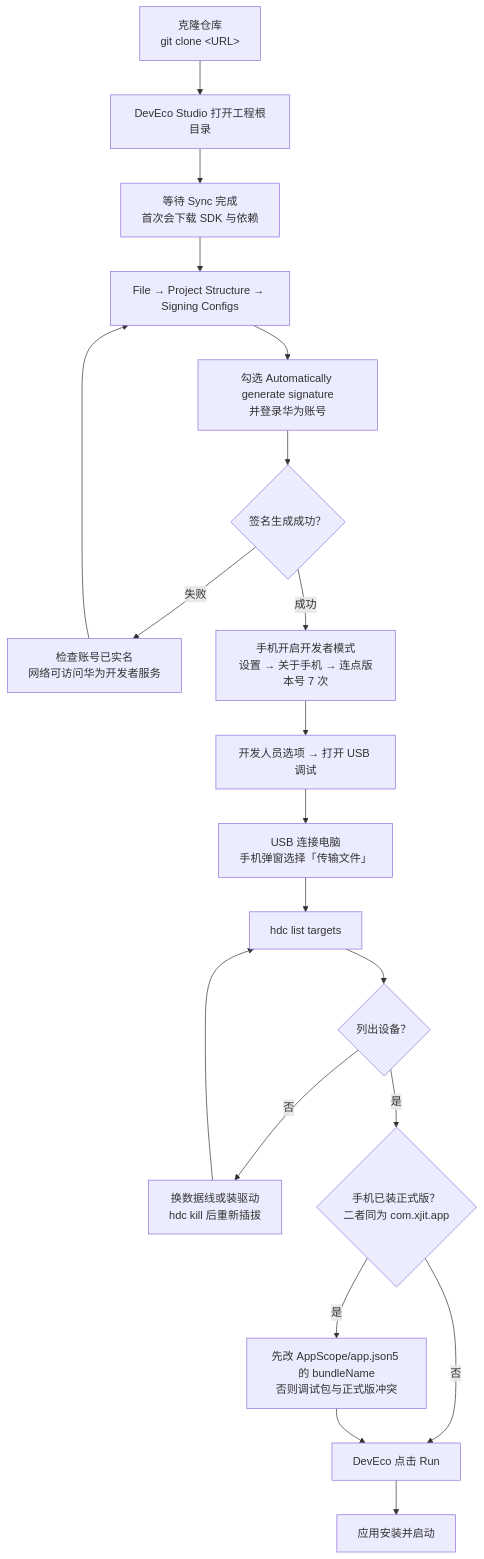
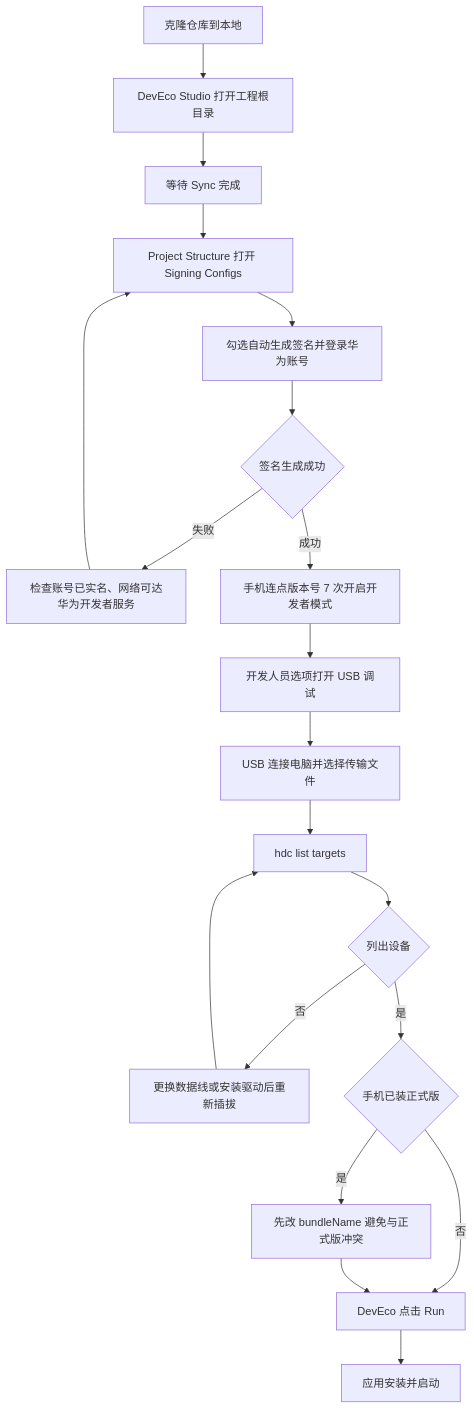
The diagram in README.md (AIRE1084/xllite-HarmonyOS), drawn with Mermaid before and after one commit.

Commit message:
Fix the install flowchart so GitHub can render it
GitHub escapes HTML tags inside mermaid code blocks, so every <br/> reached the renderer as the literal string &lt;br/&gt; and parsing failed outright, leaving the source dumped as plain text. The angle brackets around URL and the bare -- label -- edge syntax were further hazards.

The diagram now uses quoted node labels without any tag syntax and the pipe-prefixed edge label form, with long captions split across nodes instead of wrapped inside one.

````diff
--- a/README.md
+++ b/README.md
@@ -46,22 +46,22 @@
 ```mermaid
 flowchart TD
-    A["克隆仓库<br/>git clone &lt;URL&gt;"] --> B["DevEco Studio 打开工程根目录"]
-    B --> C["等待 Sync 完成<br/>首次会下载 SDK 与依赖"]
-    C --> D["File → Project Structure → Signing Configs"]
-    D --> E["勾选 Automatically generate signature<br/>并登录华为账号"]
-    E --> F{"签名生成成功？"}
-    F -- 失败 --> G["检查账号已实名<br/>网络可访问华为开发者服务"]
+    A["克隆仓库到本地"] --> B["DevEco Studio 打开工程根目录"]
+    B --> C["等待 Sync 完成"]
+    C --> D["Project Structure 打开 Signing Configs"]
+    D --> E["勾选自动生成签名并登录华为账号"]
+    E --> F{"签名生成成功"}
+    F -->|失败| G["检查账号已实名、网络可达华为开发者服务"]
     G --> D
-    F -- 成功 --> H["手机开启开发者模式<br/>设置 → 关于手机 → 连点版本号 7 次"]
-    H --> I["开发人员选项 → 打开 USB 调试"]
-    I --> J["USB 连接电脑<br/>手机弹窗选择「传输文件」"]
+    F -->|成功| H["手机连点版本号 7 次开启开发者模式"]
+    H --> I["开发人员选项打开 USB 调试"]
+    I --> J["USB 连接电脑并选择传输文件"]
     J --> K["hdc list targets"]
-    K --> L{"列出设备？"}
-    L -- 否 --> M["换数据线或装驱动<br/>hdc kill 后重新插拔"]
+    K --> L{"列出设备"}
+    L -->|否| M["更换数据线或安装驱动后重新插拔"]
     M --> K
-    L -- 是 --> N{"手机已装正式版？<br/>二者同为 com.xjit.app"}
-    N -- 是 --> O["先改 AppScope/app.json5 的 bundleName<br/>否则调试包与正式版冲突"]
-    N -- 否 --> P["DevEco 点击 Run"]
+    L -->|是| N{"手机已装正式版"}
+    N -->|是| O["先改 bundleName 避免与正式版冲突"]
+    N -->|否| P["DevEco 点击 Run"]
     O --> P
     P --> Q["应用安装并启动"]
 ```
````
